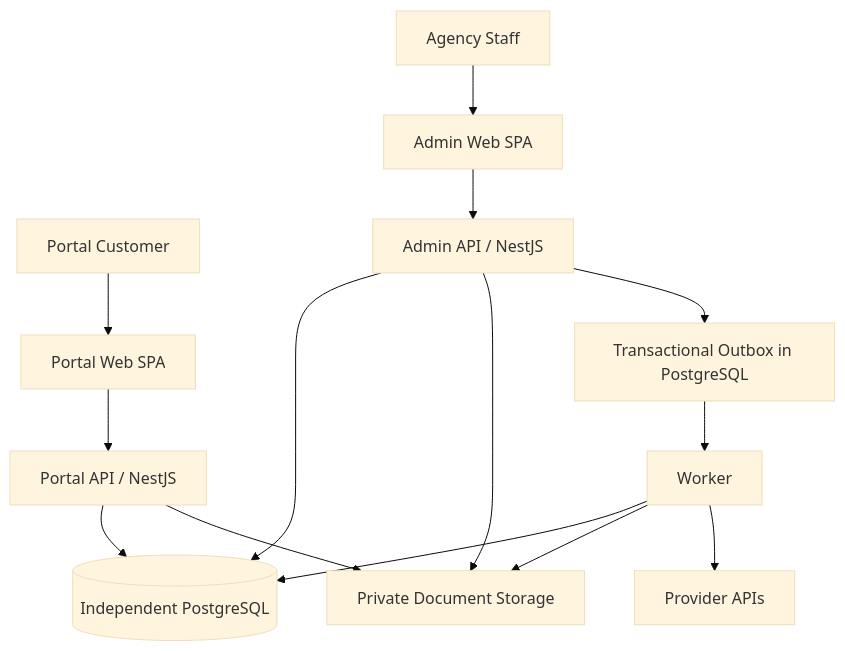
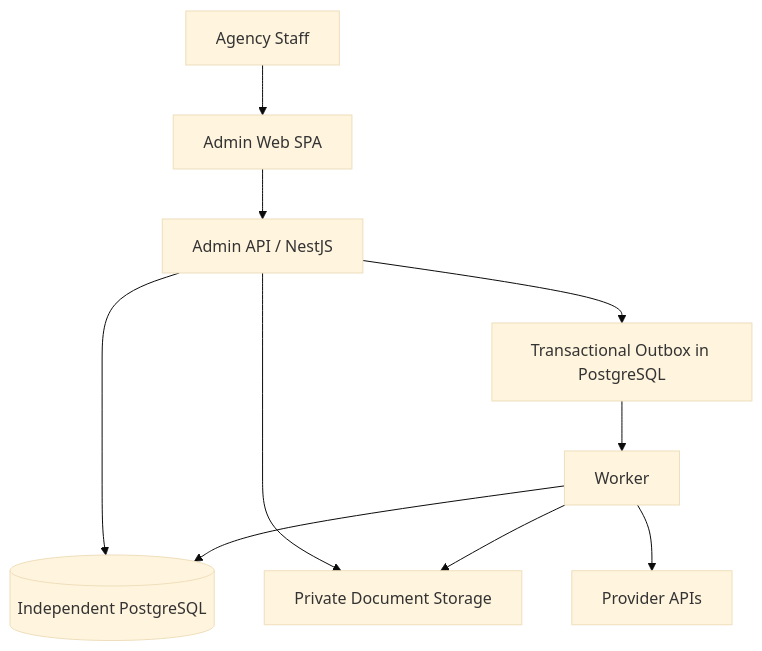
Before and after one commit to ruisilva-bit/TravelOS: the diagram in docs/ARCHITECTURE.md, drawn with Mermaid (base theme). The commit also changed other lines of this file and 166 other files, not shown here.

First line of the commit message:
refactor: remove customer portal and runtime-acceptance; add 0018_drop_portal

````diff
--- a/docs/ARCHITECTURE.md
+++ b/docs/ARCHITECTURE.md
@@ -18,16 +18,12 @@
 ```mermaid
 flowchart TD
   STAFF[Agency Staff] --> AW[Admin Web SPA]
-  CUSTOMER[Portal Customer] --> PW[Portal Web SPA]
   AW --> AA[Admin API / NestJS]
-  PW --> PA[Portal API / NestJS]
   AA --> PG[(Independent PostgreSQL)]
-  PA --> PG
   AA --> ST[Private Document Storage]
-  PA --> ST
   WK[Worker] --> PG
   WK --> ST
   WK --> EXT[Provider APIs]
   AA --> OB[Transactional Outbox in PostgreSQL]
   OB --> WK
 ```
````
